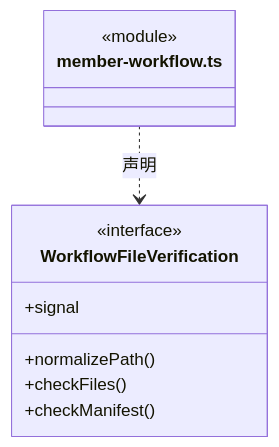
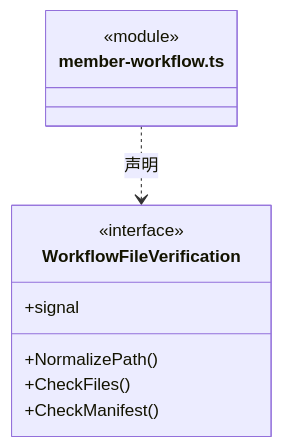
One commit to nan023062/cbim changed diagram 13 of 16 in src/logic/team/runtime/ARCHITECTURE.md. Above: the diagram before and after it, drawn with Mermaid. The commit also changed other lines of this file and 1035 other files, not shown here.

````diff
--- a/src/logic/team/runtime/ARCHITECTURE.md
+++ b/src/logic/team/runtime/ARCHITECTURE.md
@@ -310,14 +310,14 @@
 ```mermaid
 classDiagram
 class N_src_logic_team_runtime_member_workflow_ts["member-workflow.ts"] {
   <<module>>
 }
 class N_src_logic_team_runtime_member_workflow_ts_WorkflowFileVerification["WorkflowFileVerification"] {
   <<interface>>
-  +normalizePath()
-  +checkFiles()
-  +checkManifest()
+  +NormalizePath()
+  +CheckFiles()
+  +CheckManifest()
   +signal
 }
 N_src_logic_team_runtime_member_workflow_ts ..> N_src_logic_team_runtime_member_workflow_ts_WorkflowFileVerification : 声明
 ```
````
